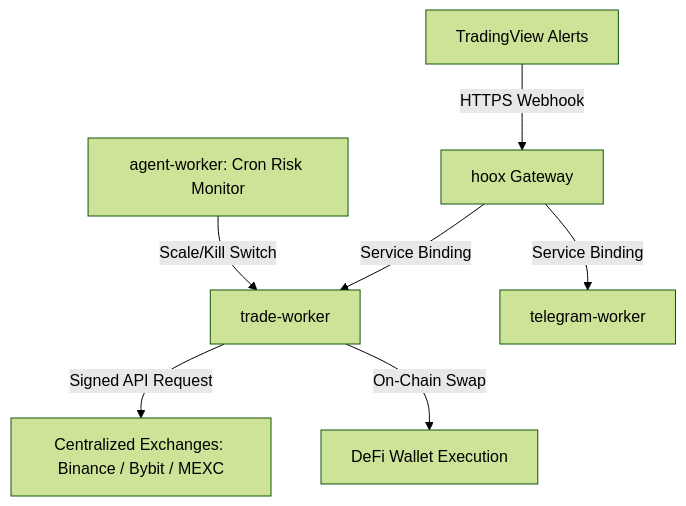
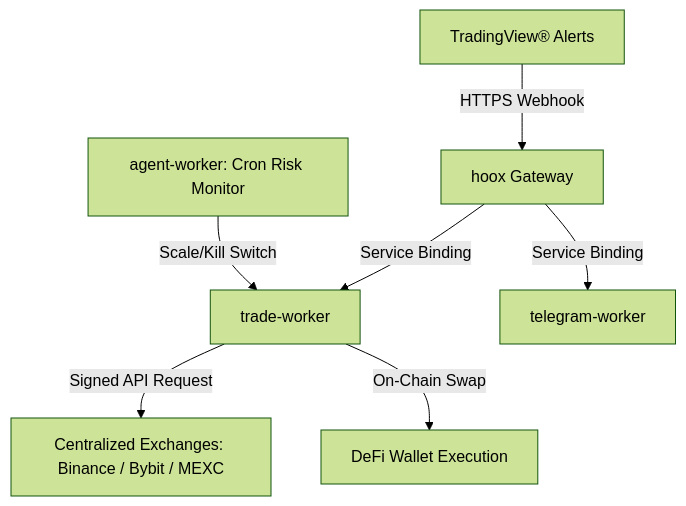
One commit to gitlqhlin/hoox changed the diagram in docs/enduser/index.mdx. Above: the diagram before and after it, drawn with Mermaid (forest theme). The commit also changed other lines of this file and 44 other files, not shown here.

````diff
--- a/docs/enduser/index.mdx
+++ b/docs/enduser/index.mdx
@@ -13,9 +15,9 @@
 ```mermaid
 graph TD
-    TV[TradingView Alerts] -->|HTTPS Webhook| GW[hoox Gateway]
+    TV[TradingView® Alerts] -->|HTTPS Webhook| GW[hoox Gateway]
     GW -->|Service Binding| TW[trade-worker]
     GW -->|Service Binding| TGW[telegram-worker]
     TW -->|Signed API Request| CentralizedEx[Centralized Exchanges: Binance / Bybit / MEXC]
     TW -->|On-Chain Swap| Web3Wallet[DeFi Wallet Execution]
     AW[agent-worker: Cron Risk Monitor] -->|Scale/Kill Switch| TW
 ```
````
